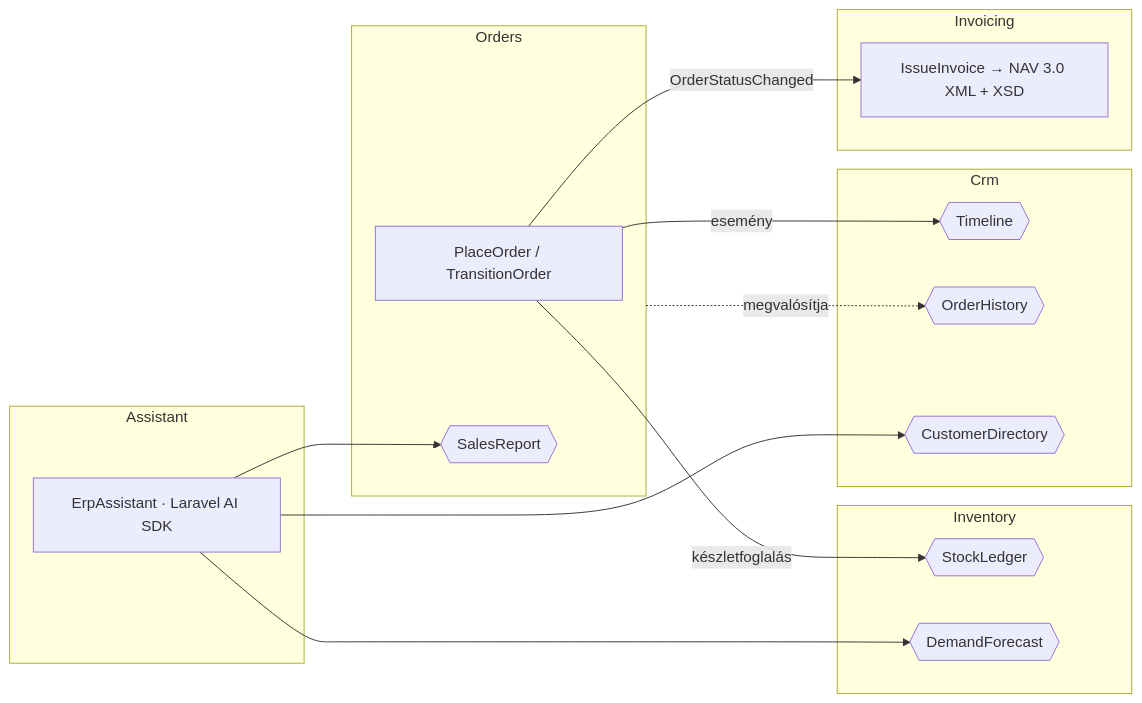
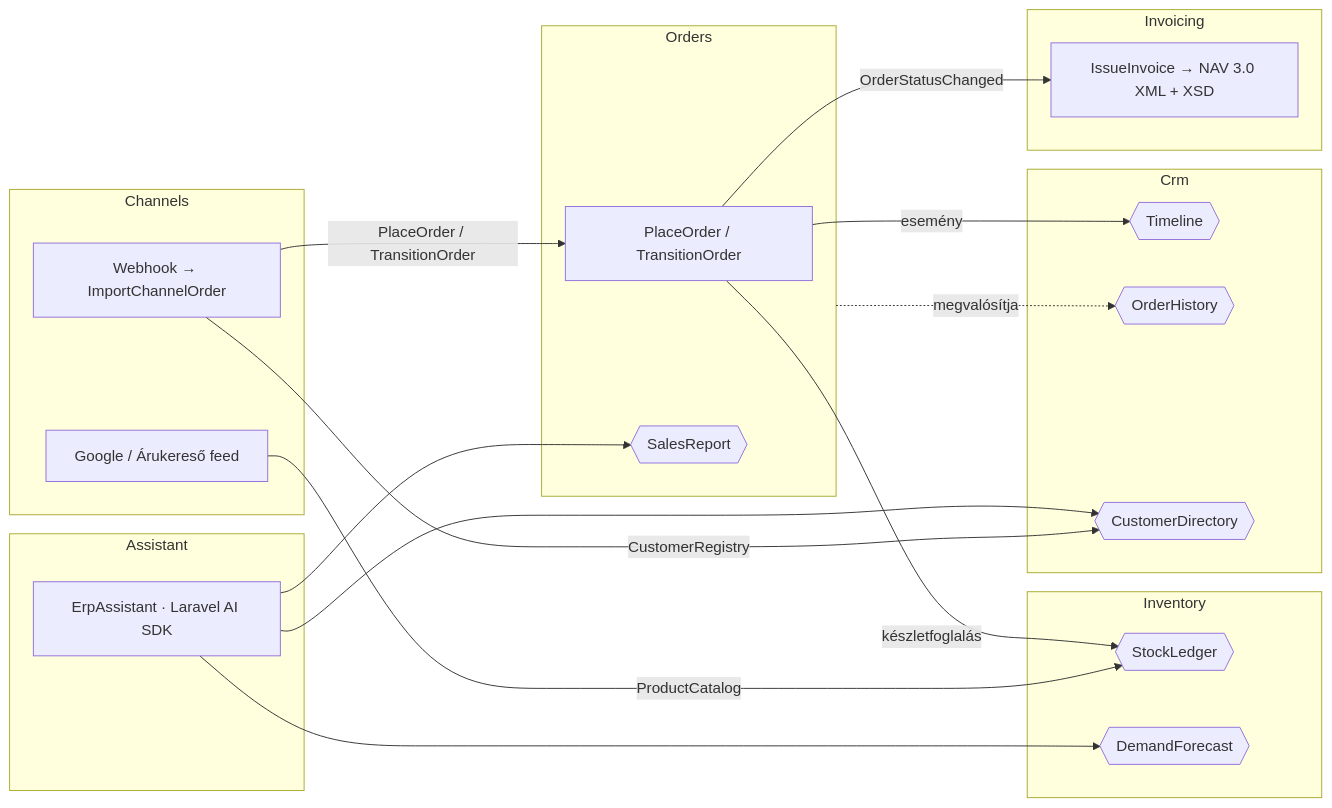
The diagram in README.md (waxeee57-cyber/minierp), drawn with Mermaid before and after one commit. The commit also changed other lines of this file and 15 other files, not shown here.

First line of the commit message:
docs: webshop-integráció a README-ben, új ERD, képernyőképek és bemutató GIF

````diff
--- a/README.md
+++ b/README.md
@@ -70,27 +73,34 @@
 ```mermaid
 flowchart LR
     subgraph Orders
         PO[PlaceOrder / TransitionOrder]
         SR{{SalesReport}}
     end
     subgraph Inventory
         SL{{StockLedger}}
         DF{{DemandForecast}}
     end
     subgraph Crm
         TL{{Timeline}}
         OH{{OrderHistory}}
         CD{{CustomerDirectory}}
     end
     subgraph Invoicing
         II[IssueInvoice → NAV 3.0 XML + XSD]
     end
     subgraph Assistant
         AI[ErpAssistant · Laravel AI SDK]
     end
+    subgraph Channels
+        WH[Webhook → ImportChannelOrder]
+        FD[Google / Árukereső feed]
+    end
     PO -- készletfoglalás --> SL
     PO -- esemény --> TL
     Orders -. megvalósítja .-> OH
     PO -- OrderStatusChanged --> II
     AI --> CD & SR & DF
+    WH -- PlaceOrder / TransitionOrder --> PO
+    WH -- CustomerRegistry --> CD
+    FD -- ProductCatalog --> SL
 ```
````
